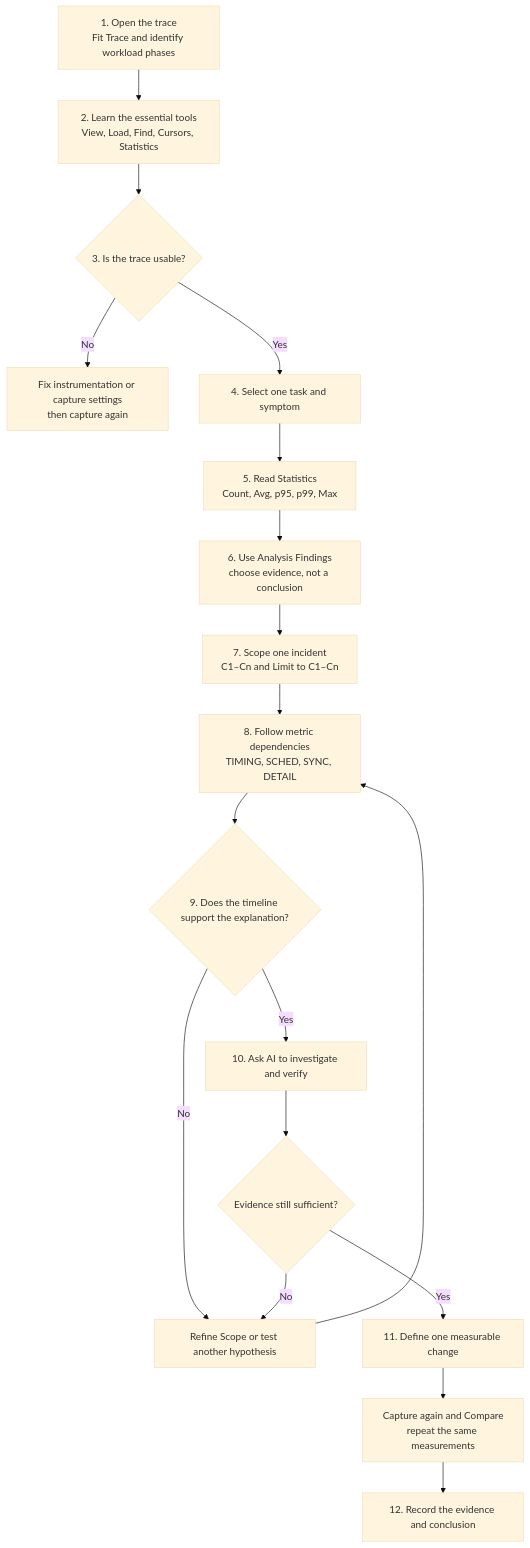
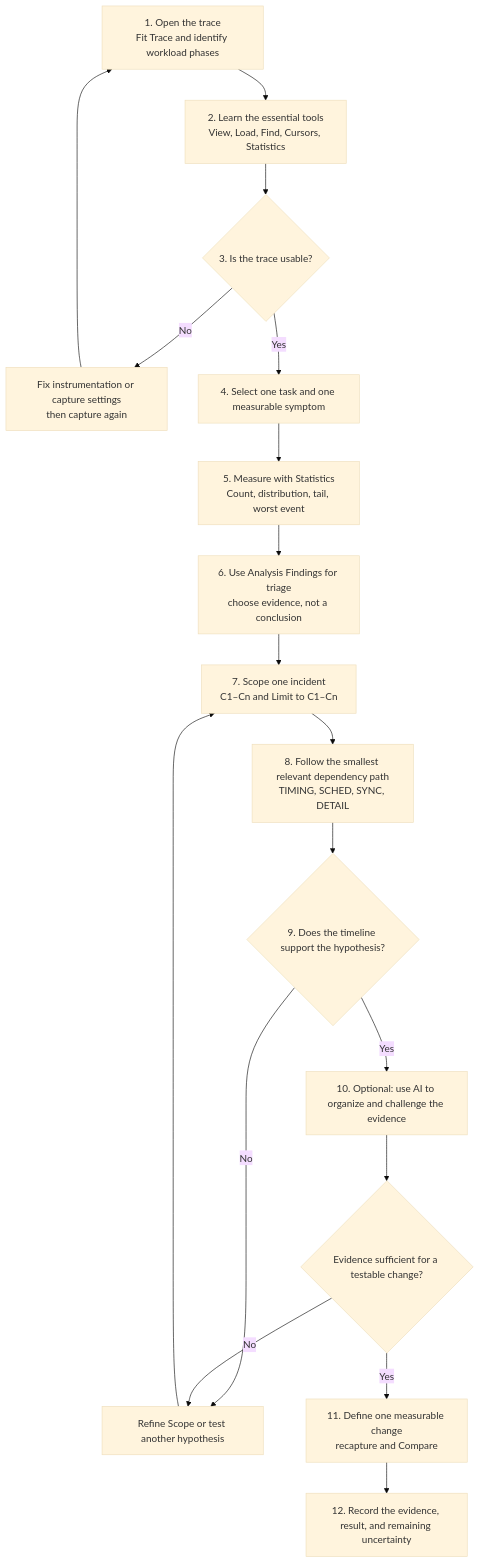
Before and after one commit to kuopinghsu/FreeRTOS-BTF-Trace: the first of 6 diagrams in BTFViewer/WORKFLOWS.md, drawn with Mermaid (base theme). The commit also changed other lines of this file and 22 other files, not shown here.

````diff
--- a/BTFViewer/WORKFLOWS.md
+++ b/BTFViewer/WORKFLOWS.md
@@ -5,20 +5,20 @@
 ```mermaid
 flowchart TD
   open["1. Open the trace<br/>Fit Trace and identify workload phases"] --> tools["2. Learn the essential tools<br/>View, Load, Find, Cursors, Statistics"]
   tools --> quality{"3. Is the trace usable?"}
   quality -->|No| recapture["Fix instrumentation or capture settings<br/>then capture again"]
-  quality -->|Yes| task["4. Select one task and symptom"]
-  task --> stats["5. Read Statistics<br/>Count, Avg, p95, p99, Max"]
-  stats --> triage["6. Use Analysis Findings<br/>choose evidence, not a conclusion"]
+  recapture --> open
+  quality -->|Yes| task["4. Select one task and one measurable symptom"]
+  task --> stats["5. Measure with Statistics<br/>Count, distribution, tail, worst event"]
+  stats --> triage["6. Use Analysis Findings for triage<br/>choose evidence, not a conclusion"]
   triage --> scope["7. Scope one incident<br/>C1–Cn and Limit to C1–Cn"]
-  scope --> dependency["8. Follow metric dependencies<br/>TIMING, SCHED, SYNC, DETAIL"]
-  dependency --> timeline{"9. Does the timeline support the explanation?"}
+  scope --> dependency["8. Follow the smallest relevant dependency path<br/>TIMING, SCHED, SYNC, DETAIL"]
+  dependency --> timeline{"9. Does the timeline support the hypothesis?"}
   timeline -->|No| refine["Refine Scope or test another hypothesis"]
-  refine --> dependency
-  timeline -->|Yes| ai["10. Ask AI to investigate and verify"]
-  ai --> verify{"Evidence still sufficient?"}
-  verify -->|No| refine
-  verify -->|Yes| change["11. Define one measurable change"]
-  change --> compare["Capture again and Compare<br/>repeat the same measurements"]
-  compare --> record["12. Record the evidence and conclusion"]
+  refine --> scope
+  timeline -->|Yes| ai["10. Optional: use AI to organize and challenge the evidence"]
+  ai --> sufficient{"Evidence sufficient for a testable change?"}
+  sufficient -->|No| refine
+  sufficient -->|Yes| change["11. Define one measurable change<br/>recapture and Compare"]
+  change --> record["12. Record the evidence, result, and remaining uncertainty"]
 ```
````
